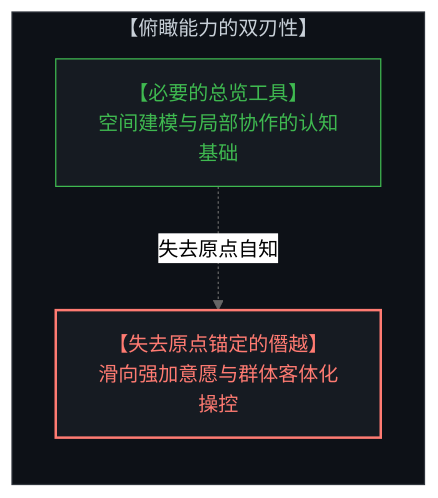
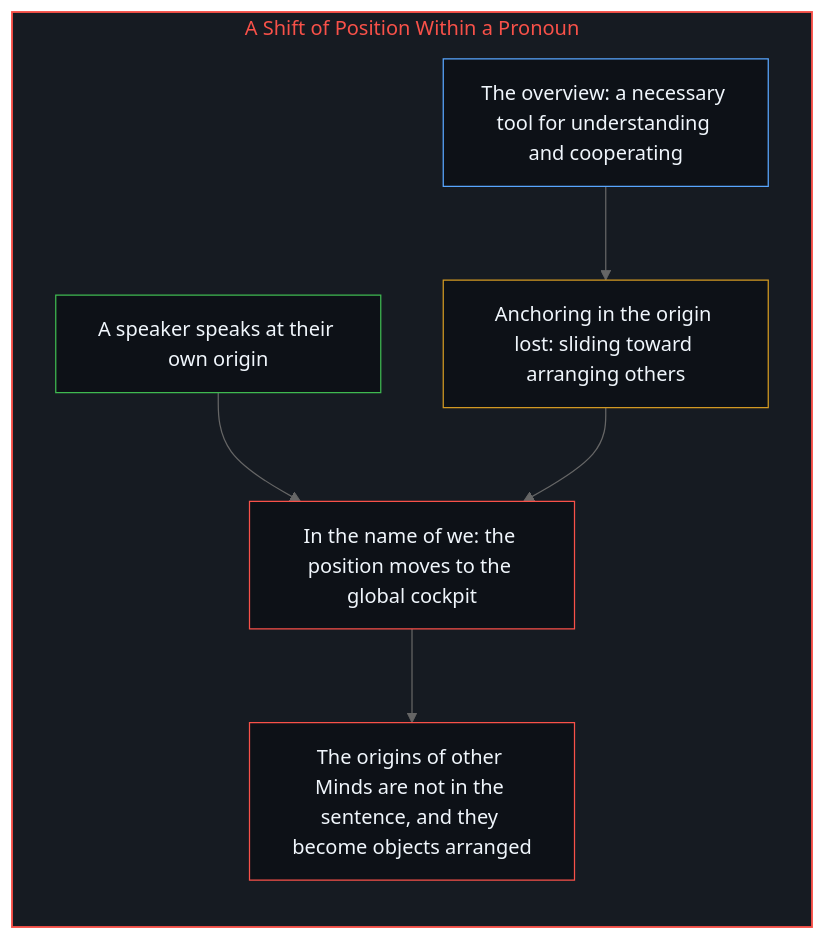
One commit to powerpig99/not-a-toe changed the eighth of 12 diagrams in content/posts/the-origin-of-god-and-the-flattening-of-we.md. Above: the diagram before and after it, drawn with Mermaid (neutral theme). The commit also changed other lines of this file and 2 other files, not shown here.

Commit message:
Refine the-origin-of-god: alternating bilingual layout, six paired diagrams, the overview as a reading, implicit first person

````diff
--- a/content/posts/the-origin-of-god-and-the-flattening-of-we.md
+++ b/content/posts/the-origin-of-god-and-the-flattening-of-we.md
@@ -189,12 +216,22 @@
 ```mermaid
-graph TD
-    subgraph TwoSidesOfCoin["【俯瞰能力的双刃性】"]
+flowchart TD
+    subgraph S_We["A Shift of Position Within a Pronoun"]
         direction TB
-        CognitiveOverview["【必要的总览工具】<br>空间建模与局部协作的认知基础"]
-        UnanchoredOverreach["【失去原点锚定的僭越】<br>滑向强加意愿与群体客体化操控"]
-        CognitiveOverview -.->|失去原点自知| UnanchoredOverreach
+        Speak["A speaker speaks at their own origin"]
+        Seat["In the name of we: the position moves to the global cockpit"]
+        Others["The origins of other Minds are not in the sentence, and they become objects arranged"]
+        Tool["The overview: a necessary tool for understanding and cooperating"]
+        Slip["Anchoring in the origin lost: sliding toward arranging others"]
+        Speak --> Seat
+        Seat --> Others
+        Tool --> Slip
+        Slip --> Seat
     end
-    style TwoSidesOfCoin fill:#0d1117,stroke:#30363d,stroke-width:1px,color:#c9d1d9
-    style CognitiveOverview fill:#161b22,stroke:#3fb950,stroke-width:1px,color:#3fb950
-    style UnanchoredOverreach fill:#161b22,stroke:#ff7b72,stroke-width:2px,color:#ff7b72
+
+    style S_We fill:#161b22,stroke:#f85149,stroke-width:1.5px,color:#f85149
+    style Speak fill:#0d1117,stroke:#3fb950,stroke-width:1px,color:#f0f6fc
+    style Seat fill:#0d1117,stroke:#f85149,stroke-width:1px,color:#f0f6fc
+    style Others fill:#0d1117,stroke:#f85149,stroke-width:1px,color:#f0f6fc
+    style Tool fill:#0d1117,stroke:#58a6ff,stroke-width:1px,color:#f0f6fc
+    style Slip fill:#0d1117,stroke:#d29922,stroke-width:1px,color:#f0f6fc
 ```
````
